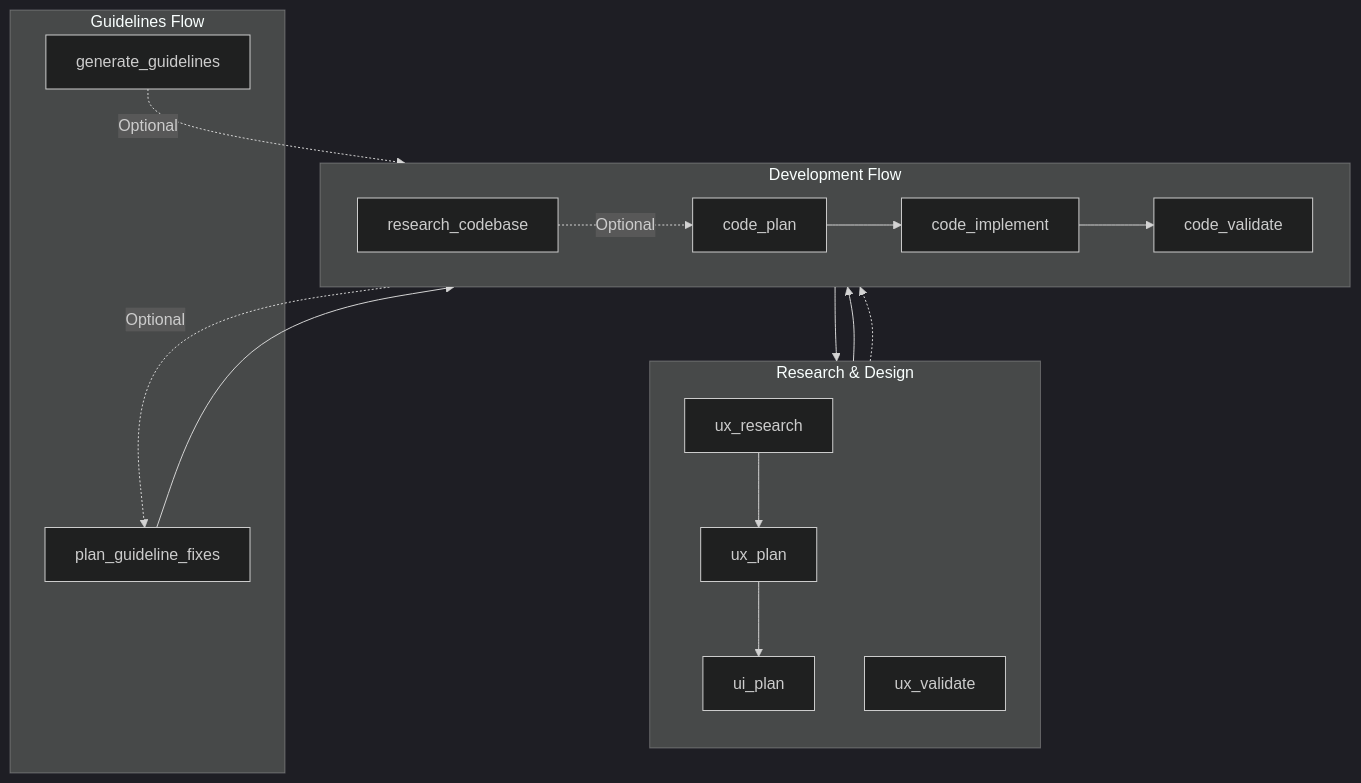
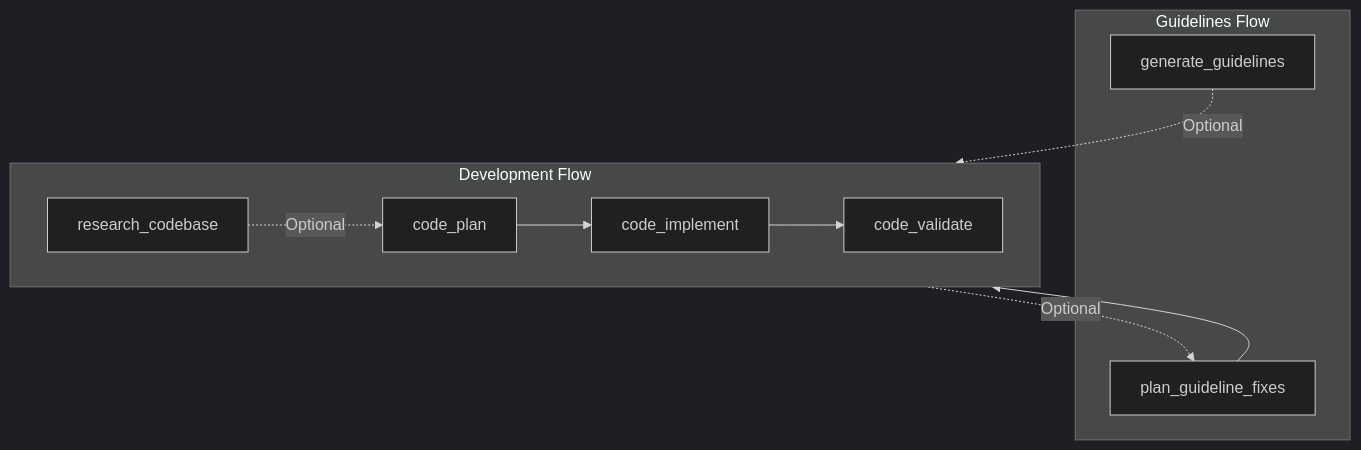
One commit to Jonksar/cursor-research-plan-implement changed the diagram in README.md. Above: the diagram before and after it, drawn with Mermaid (dark theme). The commit also changed other lines of this file and 24 other files, not shown here.

````diff
--- a/README.md
+++ b/README.md
@@ -51,29 +51,20 @@
 ```mermaid
 flowchart TD
-    subgraph Research_Design [Research & Design]
-        direction TB
-        UR[ux_research] --> UP[ux_plan] --> UIP[ui_plan]
-        UV[ux_validate]
-    end
-
     subgraph Guidelines_Flow [Guidelines Flow]
         GL[generate_guidelines]
         GLF[plan_guideline_fixes]
     end
 
     subgraph Dev_Flow [Development Flow]
         direction LR
         RC[research_codebase] -.->|Optional| CP[code_plan]
         CP --> CI[code_implement] --> CV[code_validate]
     end
 
     %% Flow Connections
-    UIP --> CP
-    UIP -.-> RC
-    CV --> UV
 
     %% Guideline Connections
     GL -.->|Optional| CP
     CV -.->|Optional| GLF
     GLF --> CI
 ```
````
